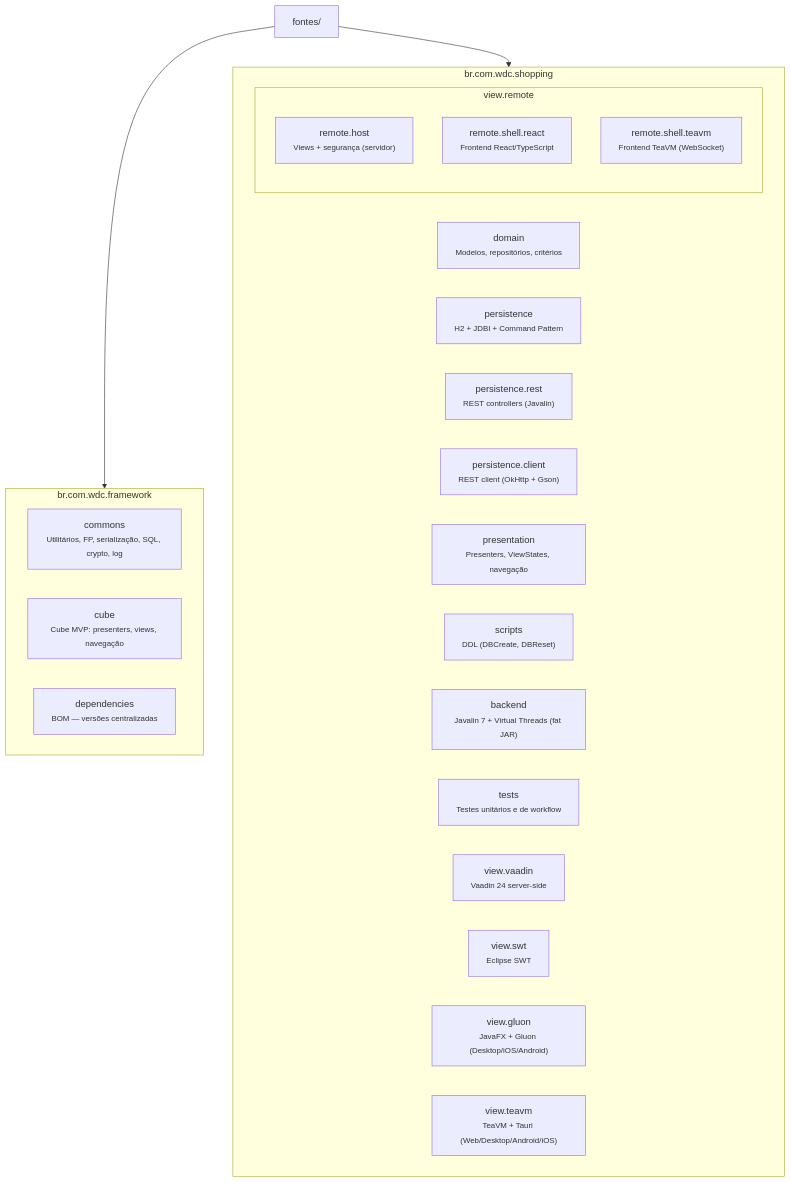
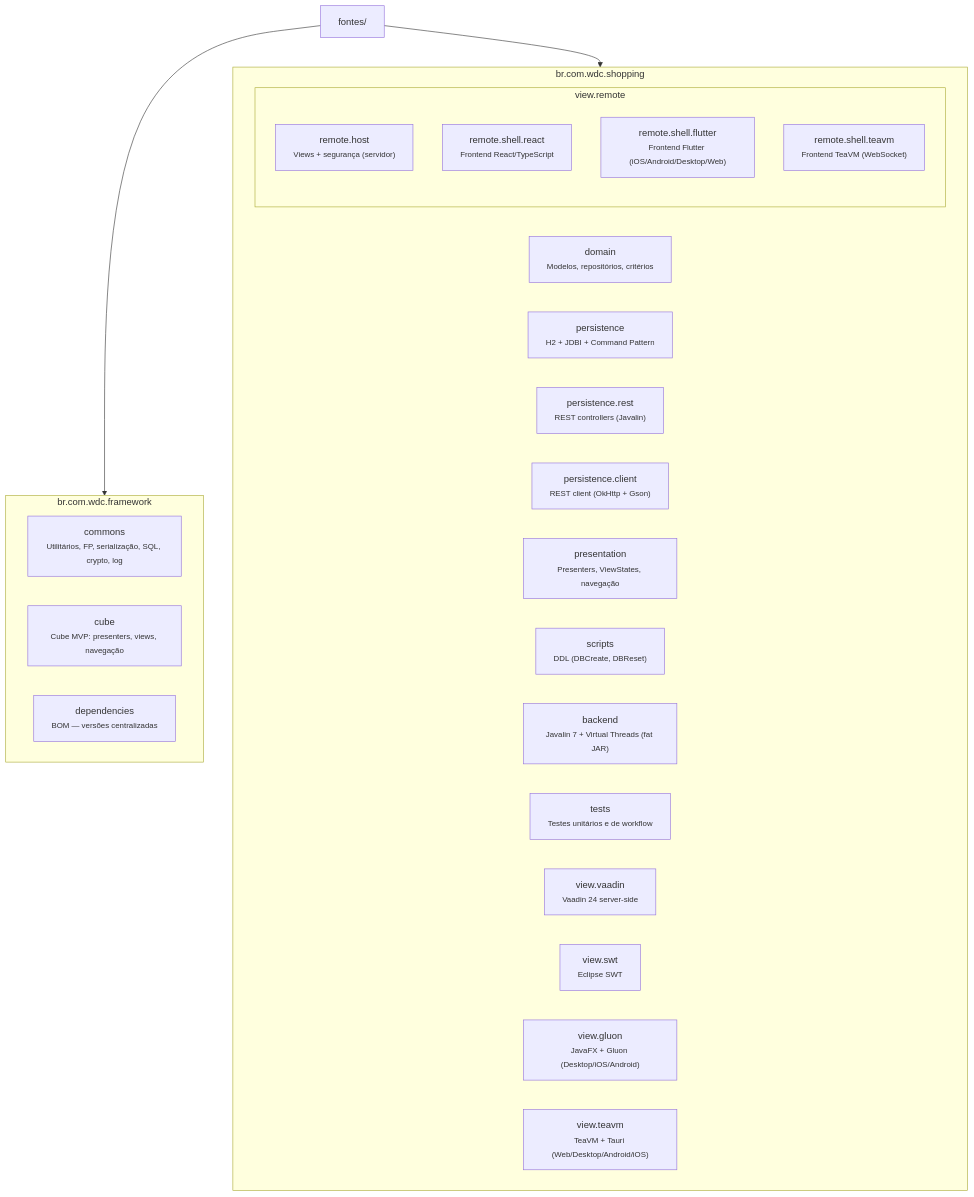
Before and after one commit to mrcdom/wdc-cube-java-v2: the second of 3 diagrams in README.md, drawn with Mermaid. The commit also changed other lines of this file, not shown here.

First line of the commit message:
📝 [DOCS] README raiz: adicionar Flutter como 6º frontend

````diff
--- a/README.md
+++ b/README.md
@@ -55,35 +58,36 @@
 ```mermaid
 graph TD
     fontes["fontes/"]
 
     subgraph Framework["br.com.wdc.framework"]
         commons["commons<br/><small>Utilitários, FP, serialização, SQL, crypto, log</small>"]
         cube["cube<br/><small>Cube MVP: presenters, views, navegação</small>"]
         deps["dependencies<br/><small>BOM — versões centralizadas</small>"]
     end
 
     subgraph Shopping["br.com.wdc.shopping"]
         domain["domain<br/><small>Modelos, repositórios, critérios</small>"]
         persistence["persistence<br/><small>H2 + JDBI + Command Pattern</small>"]
         persistRest["persistence.rest<br/><small>REST controllers (Javalin)</small>"]
         persistClient["persistence.client<br/><small>REST client (OkHttp + Gson)</small>"]
         presentation["presentation<br/><small>Presenters, ViewStates, navegação</small>"]
         scripts["scripts<br/><small>DDL (DBCreate, DBReset)</small>"]
         backend["backend<br/><small>Javalin 7 + Virtual Threads (fat JAR)</small>"]
         tests["tests<br/><small>Testes unitários e de workflow</small>"]
 
         subgraph ViewReact["view.remote"]
             reactHost["remote.host<br/><small>Views + segurança (servidor)</small>"]
             reactShellReact["remote.shell.react<br/><small>Frontend React/TypeScript</small>"]
+            reactShellFlutter["remote.shell.flutter<br/><small>Frontend Flutter (iOS/Android/Desktop/Web)</small>"]
             reactShellTeavm["remote.shell.teavm<br/><small>Frontend TeaVM (WebSocket)</small>"]
         end
 
         viewVaadin["view.vaadin<br/><small>Vaadin 24 server-side</small>"]
         viewSwt["view.swt<br/><small>Eclipse SWT</small>"]
         viewGluon["view.gluon<br/><small>JavaFX + Gluon (Desktop/iOS/Android)</small>"]
         viewTeavm["view.teavm<br/><small>TeaVM + Tauri (Web/Desktop/Android/iOS)</small>"]
     end
 
     fontes --> Framework
     fontes --> Shopping
 ```
````
